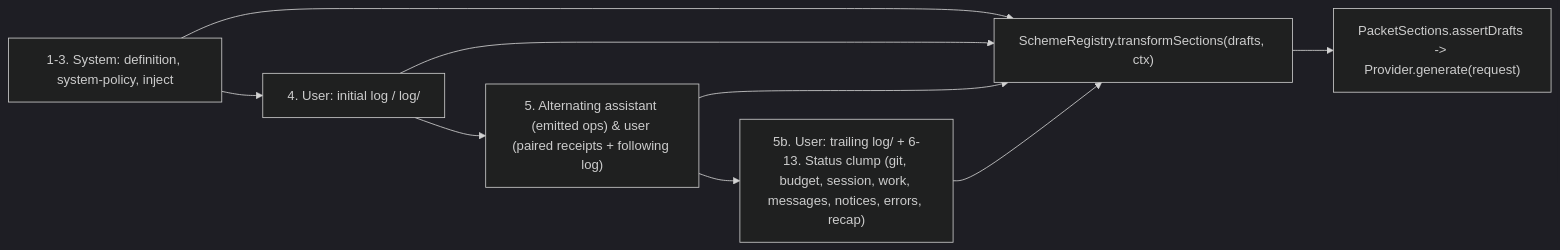
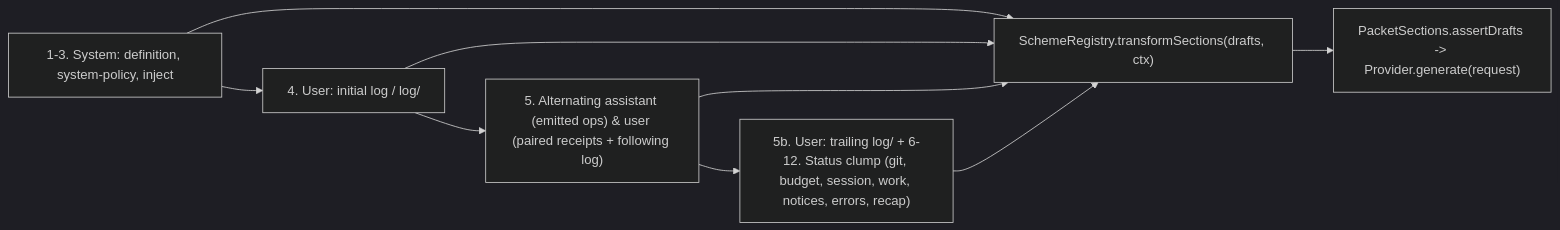
The eighth of 11 diagrams in plurnk-core/SPEC.md (plurnk/plurnk-service), drawn with Mermaid (dark theme) before and after one commit. The commit also changed other lines of this file and 31 other files, not shown here.

````diff
--- a/plurnk-core/SPEC.md
+++ b/plurnk-core/SPEC.md
@@ -1033,8 +1033,8 @@
 ```mermaid
 flowchart LR
   S["1-3. System: definition, system-policy, inject"] --> L0["4. User: initial log / log/<coord>"]
   L0 --> EH["5. Alternating assistant (emitted ops) & user (paired receipts + following log)"]
-  EH --> LT["5b. User: trailing log/<coord> + 6-13. Status clump (git, budget, session, work, messages, notices, errors, recap)"]
+  EH --> LT["5b. User: trailing log/<coord> + 6-12. Status clump (git, budget, session, work, notices, errors, recap)"]
   S & L0 & EH & LT --> TR["SchemeRegistry.transformSections(drafts, ctx)"]
   TR --> AD["PacketSections.assertDrafts -> Provider.generate(request)"]
 ```
````
